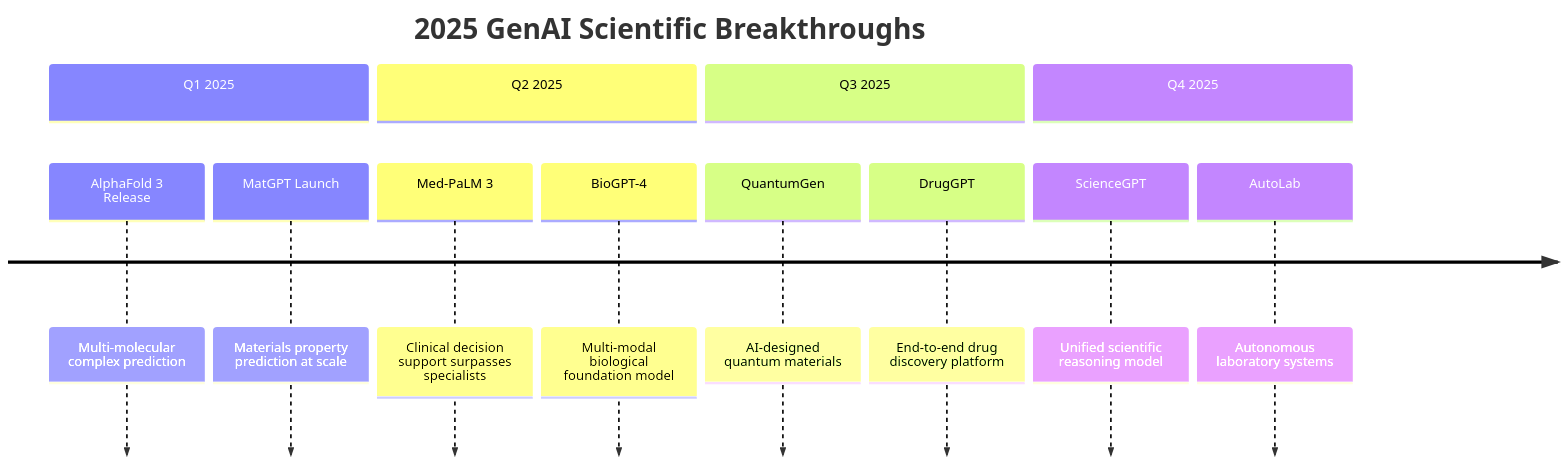
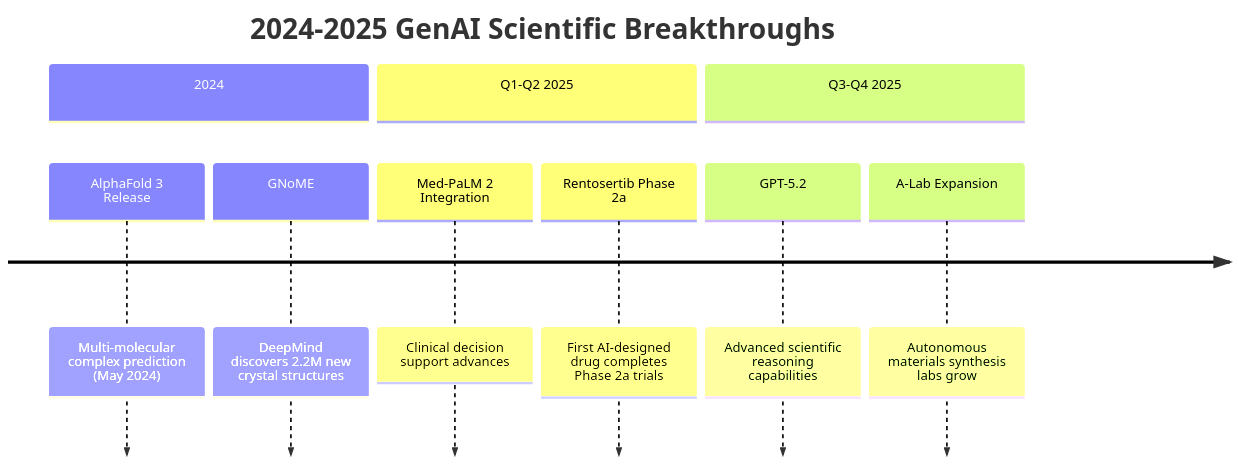
The first of 12 diagrams in GenAI_Science_Predictions_2025-2030.md (dutoaa/2026), drawn with Mermaid before and after one commit. The commit also changed other lines of this file and 1 other file, not shown here.

````diff
--- a/GenAI_Science_Predictions_2025-2030.md
+++ b/GenAI_Science_Predictions_2025-2030.md
@@ -40,16 +40,13 @@
 ```mermaid
 timeline
-    title 2025 GenAI Scientific Breakthroughs
-    section Q1 2025
-        AlphaFold 3 Release : Multi-molecular complex prediction
-        MatGPT Launch : Materials property prediction at scale
-    section Q2 2025
-        Med-PaLM 3 : Clinical decision support surpasses specialists
-        BioGPT-4 : Multi-modal biological foundation model
-    section Q3 2025
-        QuantumGen : AI-designed quantum materials
-        DrugGPT : End-to-end drug discovery platform
-    section Q4 2025
-        ScienceGPT : Unified scientific reasoning model
-        AutoLab : Autonomous laboratory systems
+    title 2024-2025 GenAI Scientific Breakthroughs
+    section 2024
+        AlphaFold 3 Release : Multi-molecular complex prediction (May 2024)
+        GNoME : DeepMind discovers 2.2M new crystal structures
+    section Q1-Q2 2025
+        Med-PaLM 2 Integration : Clinical decision support advances
+        Rentosertib Phase 2a : First AI-designed drug completes Phase 2a trials
+    section Q3-Q4 2025
+        GPT-5.2 : Advanced scientific reasoning capabilities
+        A-Lab Expansion : Autonomous materials synthesis labs grow
 ```
````
